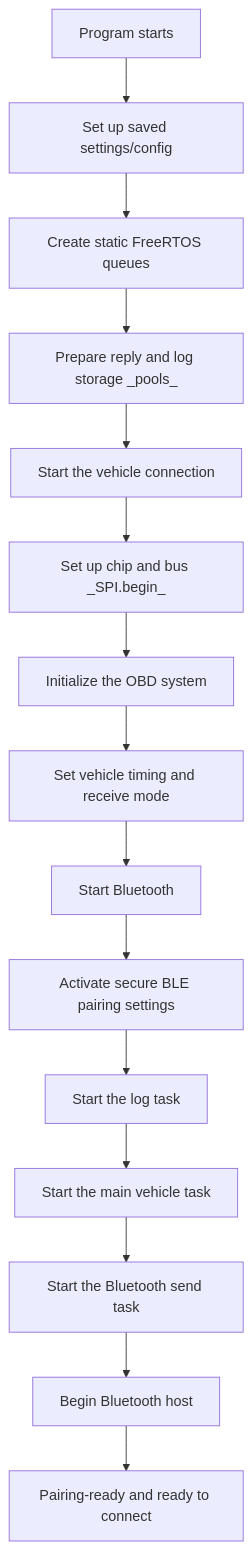
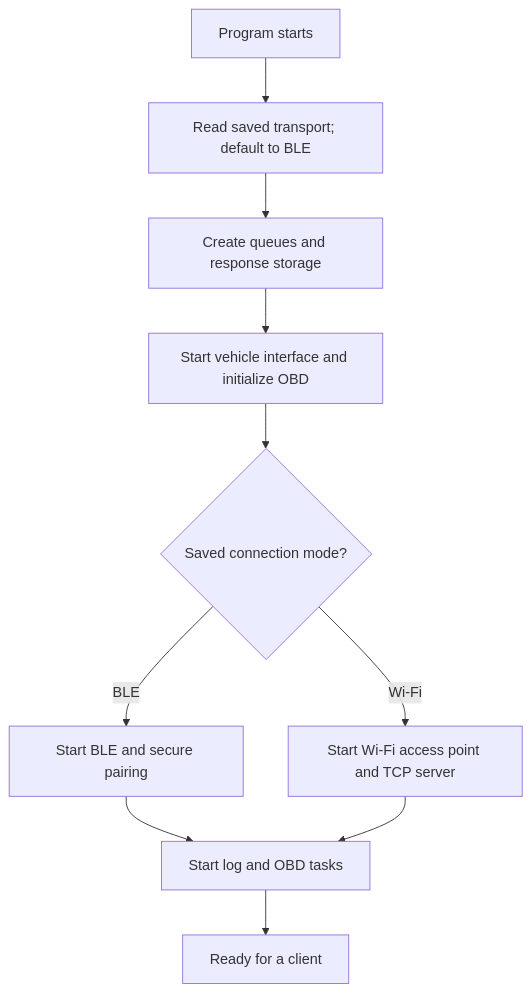
One commit to ASTI-ITS/ITS-test changed the second of 7 diagrams in OBD_BLE_FreeRTOS_C/flowchart_simple.md. Above: the diagram before and after it, drawn with Mermaid. The commit also changed other lines of this file and 1 other file, not shown here.

Commit message:
updated flowcharts to reflect change mode

````diff
--- a/OBD_BLE_FreeRTOS_C/flowchart_simple.md
+++ b/OBD_BLE_FreeRTOS_C/flowchart_simple.md
@@ -43,17 +42,12 @@
 ```mermaid
 graph TD
-    A[Program starts] --> B[Set up saved settings/config]
-    B --> C[Create static FreeRTOS queues]
-    C --> D[Prepare reply and log storage _pools_]
-    D --> E[Start the vehicle connection]
-    E --> F[Set up chip and bus _SPI.begin_]
-    F --> G[Initialize the OBD system]
-    G --> H[Set vehicle timing and receive mode]
-    H --> I[Start Bluetooth]
-    I --> J[Activate secure BLE pairing settings]
-    J --> K[Start the log task]
-    K --> L[Start the main vehicle task]
-    L --> M[Start the Bluetooth send task]
-    M --> N[Begin Bluetooth host]
-    N --> O[Pairing-ready and ready to connect]
+    A[Program starts] --> B[Read saved transport; default to BLE]
+    B --> C[Create queues and response storage]
+    C --> D[Start vehicle interface and initialize OBD]
+    D --> E{Saved connection mode?}
+    E -- BLE --> F[Start BLE and secure pairing]
+    E -- Wi-Fi --> G[Start Wi-Fi access point and TCP server]
+    F --> H[Start log and OBD tasks]
+    G --> H
+    H --> I[Ready for a client]
 ```
````
